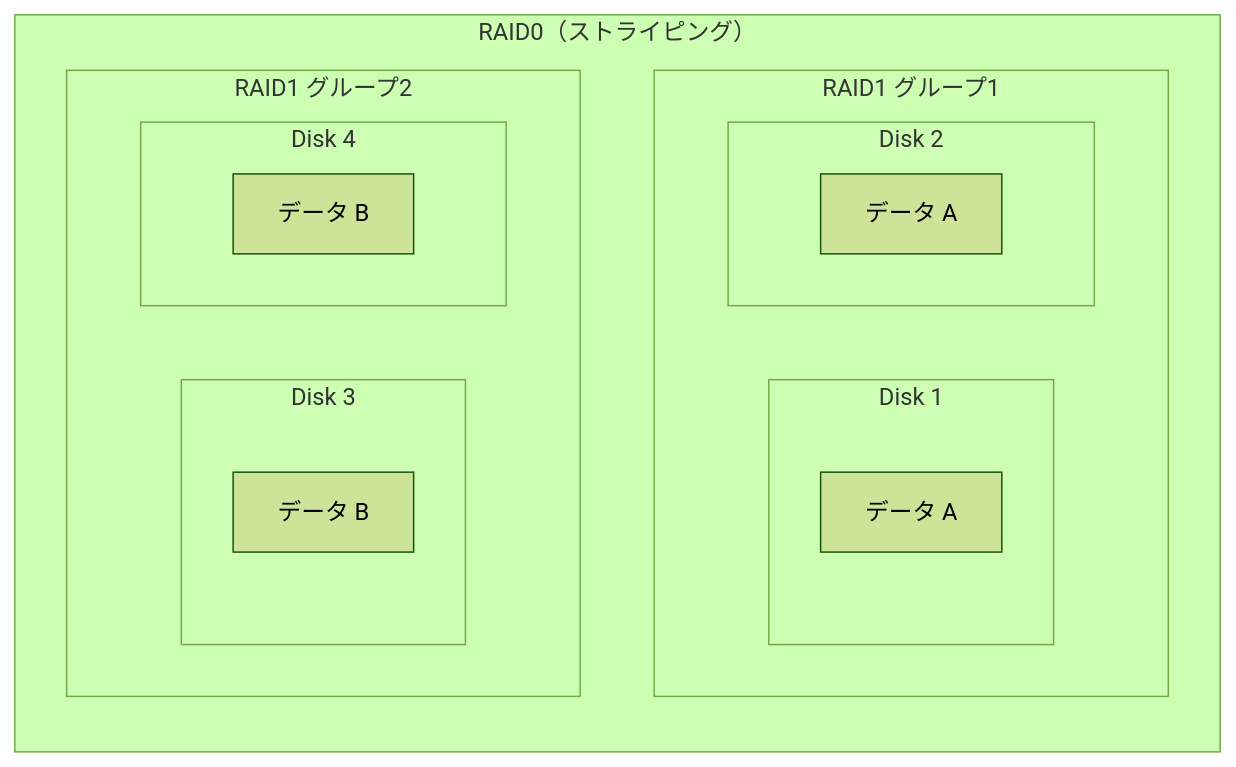
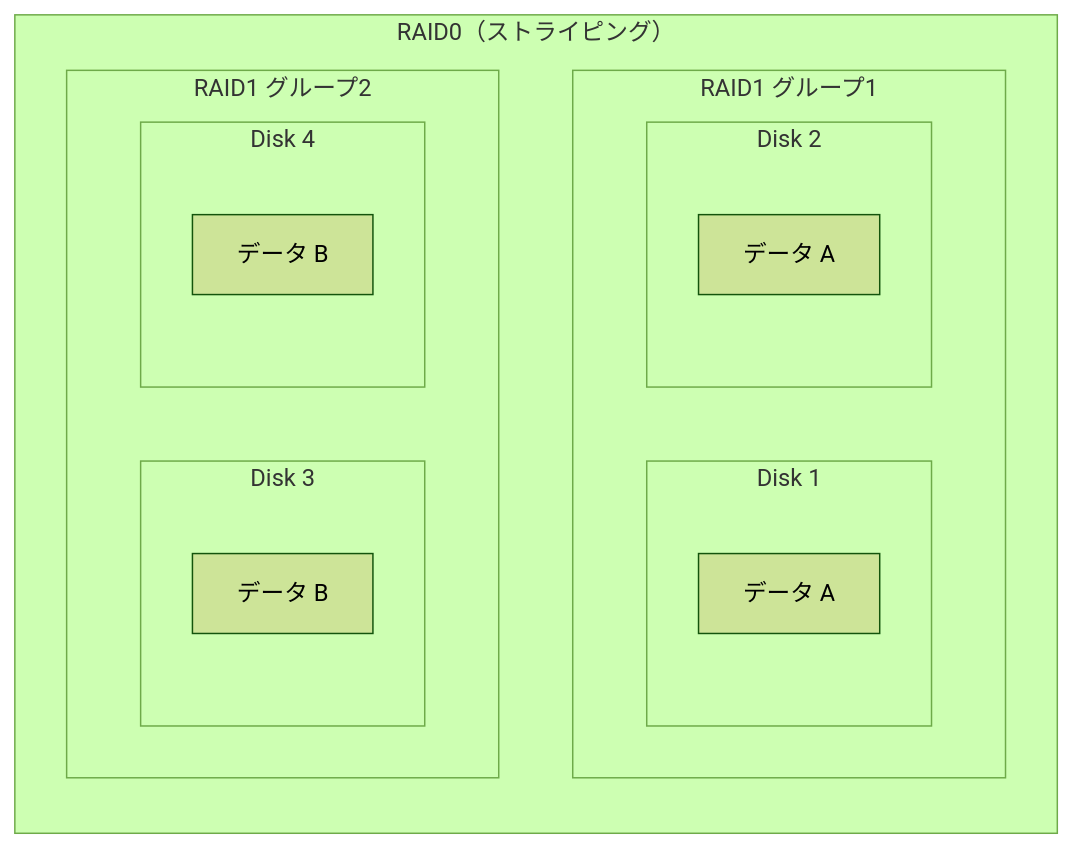
Before and after one commit to Bassiy/share_knowledge: the fifth of 5 diagrams in concepts/raid.md, drawn with Mermaid (forest theme). The commit also changed other lines of this file, not shown here.

````diff
--- a/concepts/raid.md
+++ b/concepts/raid.md
@@ -138,21 +149,25 @@
 ```mermaid
 flowchart LR
   subgraph RAID0["RAID0（ストライピング）"]
     subgraph G1["RAID1 グループ1"]
       subgraph D1["Disk 1"]
+        direction TB
         a1["データ A"]
       end
       subgraph D2["Disk 2"]
+        direction TB
         a2["データ A"]
       end
     end
     subgraph G2["RAID1 グループ2"]
       subgraph D3["Disk 3"]
+        direction TB
         b1["データ B"]
       end
       subgraph D4["Disk 4"]
+        direction TB
         b2["データ B"]
       end
     end
   end
 ```
````
